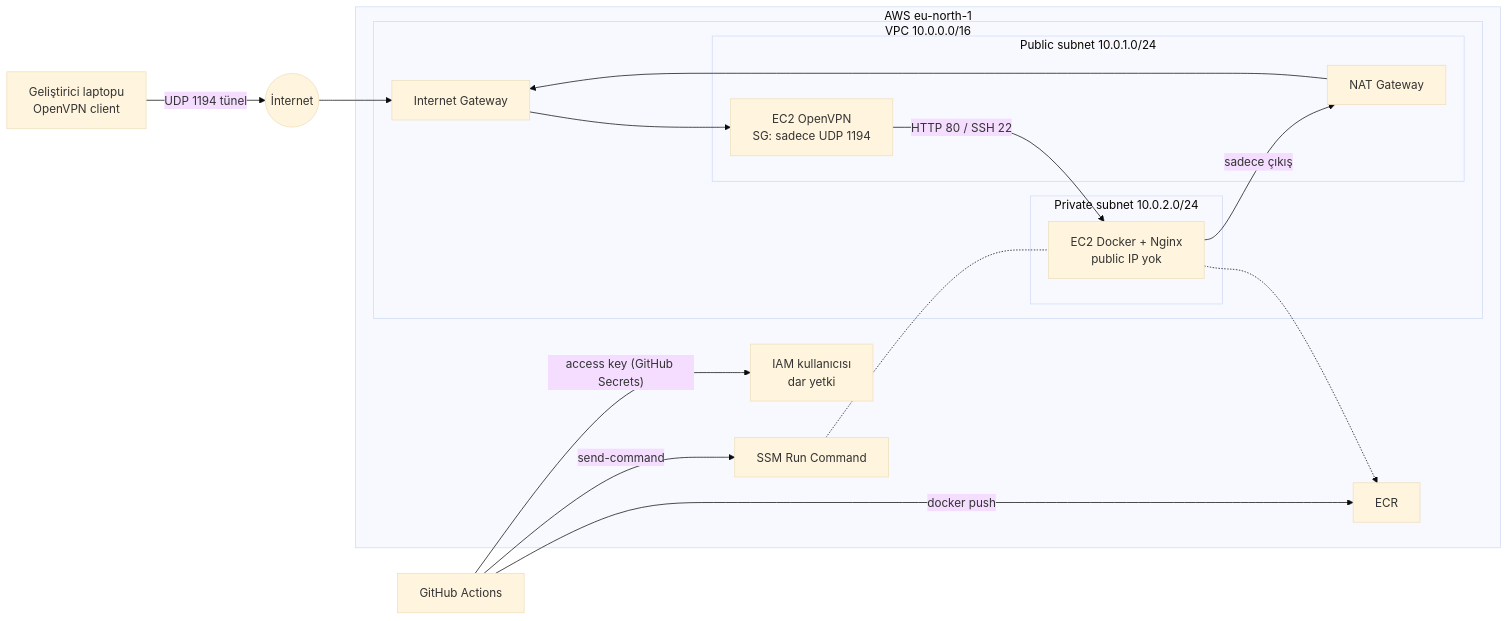
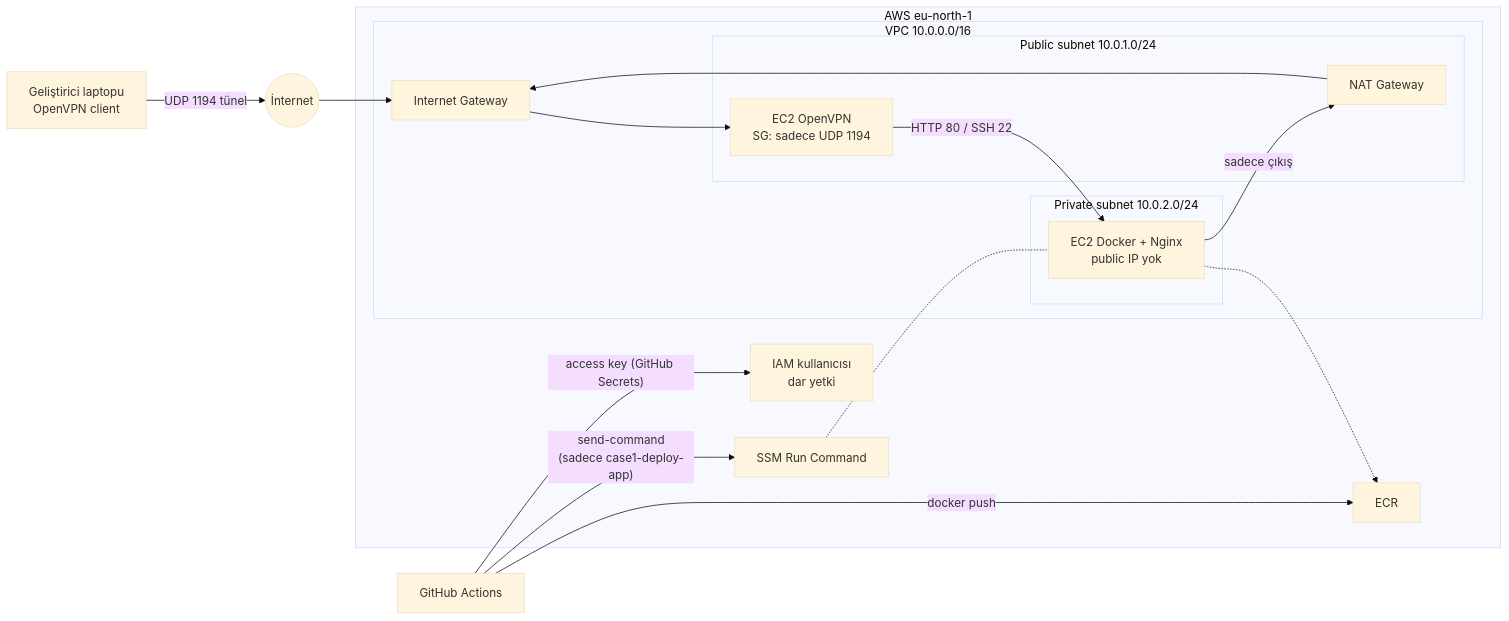
The diagram in README.md (Kkocaoglan/DevOps_Case), drawn with Mermaid (base theme) before and after one commit. The commit also changed other lines of this file and 3 other files, not shown here.

````diff
--- a/README.md
+++ b/README.md
@@ -16,29 +16,29 @@
 ```mermaid
 flowchart LR
     dev["Geliştirici laptopu<br/>OpenVPN client"]
     net(("İnternet"))
     gh["GitHub Actions"]
     subgraph aws["AWS eu-north-1"]
         iam["IAM kullanıcısı<br/>dar yetki"]
         ecr["ECR"]
         ssm["SSM Run Command"]
         subgraph vpc["VPC 10.0.0.0/16"]
             igw["Internet Gateway"]
             subgraph pub["Public subnet 10.0.1.0/24"]
                 vpn["EC2 OpenVPN<br/>SG: sadece UDP 1194"]
                 nat["NAT Gateway"]
             end
             subgraph priv["Private subnet 10.0.2.0/24"]
                 app["EC2 Docker + Nginx<br/>public IP yok"]
             end
         end
     end
     dev -- "UDP 1194 tünel" --> net --> igw --> vpn
     vpn -- "HTTP 80 / SSH 22" --> app
     app -- "sadece çıkış" --> nat --> igw
     gh -- "access key (GitHub Secrets)" --> iam
     gh -- "docker push" --> ecr
-    gh -- "send-command" --> ssm
+    gh -- "send-command<br/>(sadece case1-deploy-app)" --> ssm
     ssm -.- app
     app -.-> ecr
 ```
````
